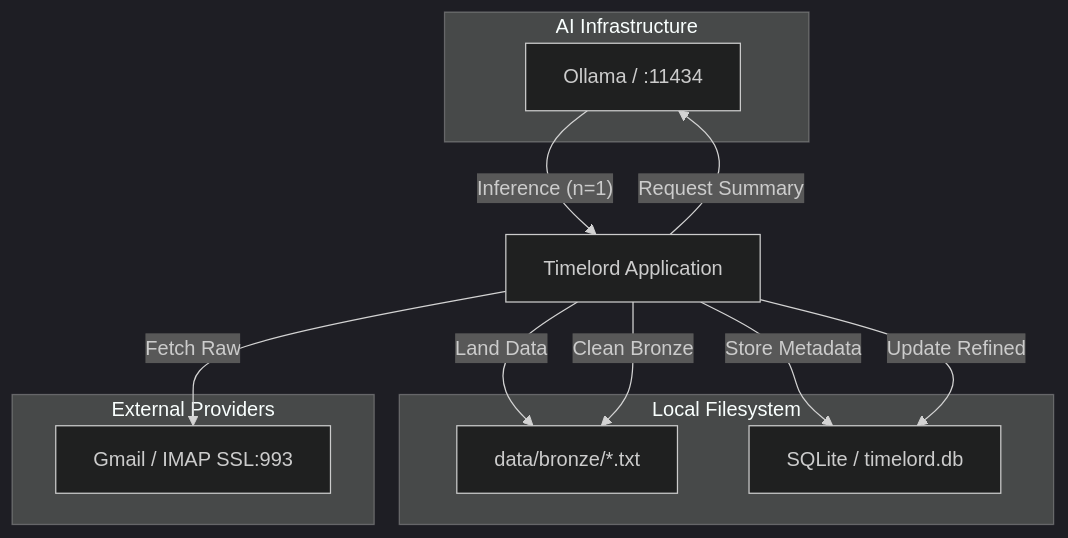
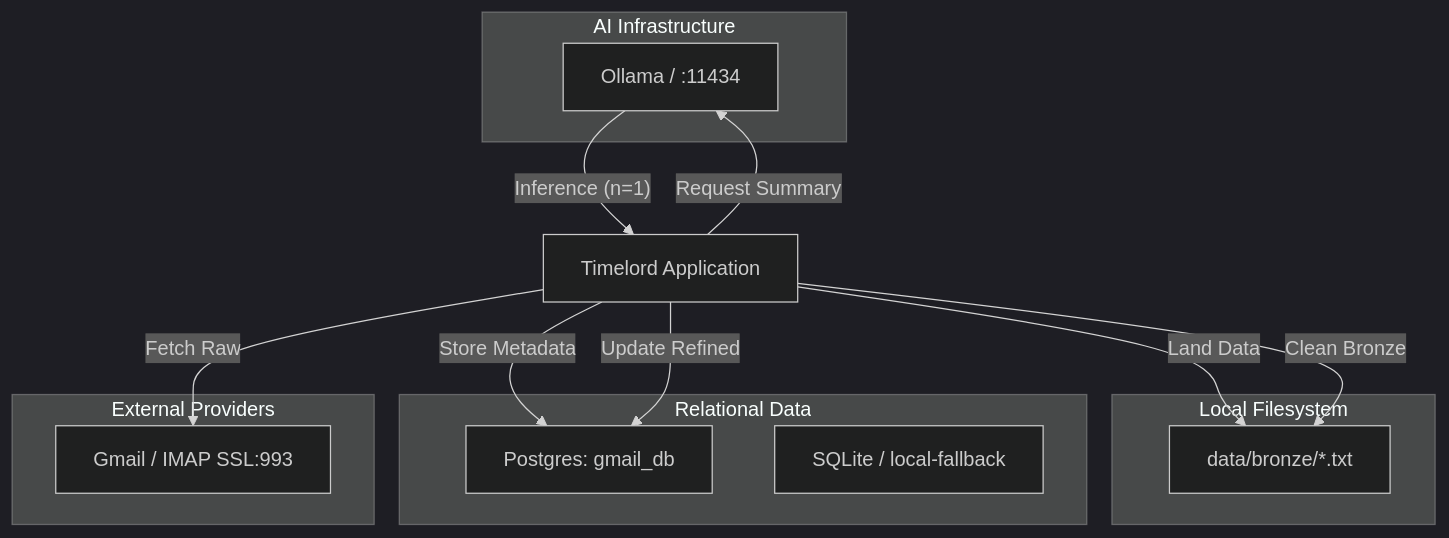
The diagram in docs/runbooks/inbox-intelligence-runbook.md (kbi101/20260401), drawn with Mermaid (dark theme) before and after one commit. The commit also changed other lines of this file and 2 other files, not shown here.

Commit message:
docs: update specifications and runbooks for PostgreSQL support

````diff
--- a/docs/runbooks/inbox-intelligence-runbook.md
+++ b/docs/runbooks/inbox-intelligence-runbook.md
@@ -8,25 +8,29 @@
 ```mermaid
 graph TD
     subgraph "Local Filesystem"
         BZ[data/bronze/*.txt]
-        DB[SQLite / timelord.db]
+    end
+
+    subgraph "Relational Data"
+        RP[Postgres: gmail_db]
+        RS[SQLite / local-fallback]
     end
 
     subgraph "External Providers"
         G[Gmail / IMAP SSL:993]
     end
 
     subgraph "AI Infrastructure"
         O[Ollama / :11434]
     end
 
     App[Timelord Application]
 
     App -- "Fetch Raw" --> G
     App -- "Land Data" --> BZ
-    App -- "Store Metadata" --> DB
+    App -- "Store Metadata" --> RP
     App -- "Request Summary" --> O
     O -- "Inference (n=1)" --> App
     App -- "Clean Bronze" --> BZ
-    App -- "Update Refined" --> DB
+    App -- "Update Refined" --> RP
 ```
````
